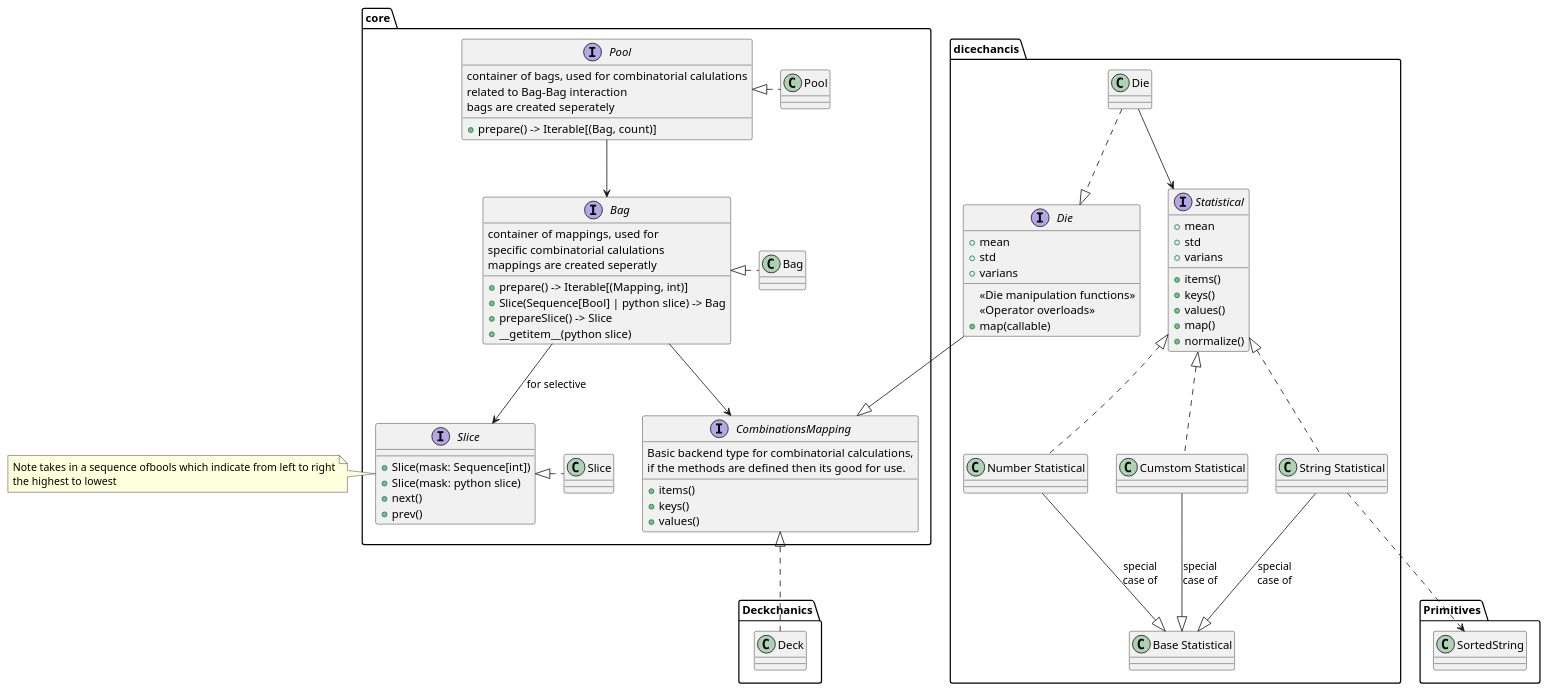
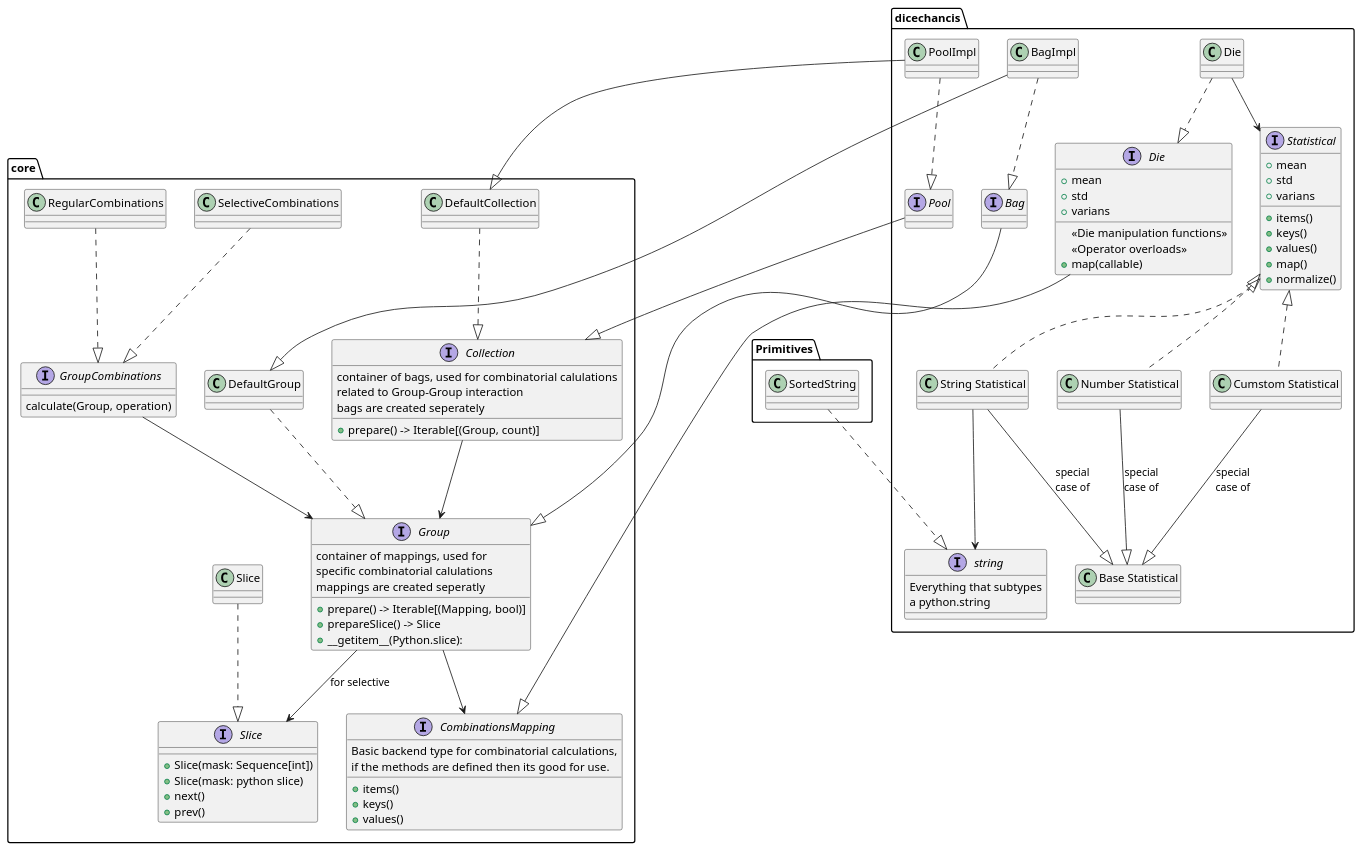
Before and after one commit to daplhall/dicechanics: the diagram in docs/diagrams/systemClasses.puml, drawn with PlantUML. The commit also changed 29 other files, not shown here.

```diff
--- a/docs/diagrams/systemClasses.puml
+++ b/docs/diagrams/systemClasses.puml
@@ -1,99 +1,110 @@
 @startuml System
 top to bottom direction
 package "core"{
-    class Pool{
+    class DefaultCollection{
     }
-    interface "Pool" as pool {
-        container of bags, used for combinatorial calulations\nrelated to Bag-Bag interaction
+    interface "Collection" as collection {
+        container of bags, used for combinatorial calulations\nrelated to Group-Group interaction
         bags are created seperately
-        + prepare() -> Iterable[(Bag, count)]
+        + prepare() -> Iterable[(Group, count)]
     }
-    class Bag{
+    class DefaultGroup{
     }
-    interface "Bag" as bag{
+    interface "Group" as group{
         container of mappings, used for\nspecific combinatorial calulations
         mappings are created seperatly
-        + prepare() -> Iterable[(Mapping, int)]
-        + Slice(Sequence[Bool] | python slice) -> Bag
+        + prepare() -> Iterable[(Mapping, bool)]
         + prepareSlice() -> Slice
-        + __getitem__(python slice)
-
+        + __getitem__(Python.slice):
     }
     interface "CombinationsMapping" as mapping{
         Basic backend type for combinatorial calculations,\nif the methods are defined then its good for use.
         + items()
         + keys()
         + values()
     }
     Class "Slice" as sliceClass
     interface "Slice" as slice{
         +Slice(mask: Sequence[int])
         +Slice(mask: python slice)
         +next()
         +prev()
     }
+    interface GroupCombinations {
+        calculate(Group, operation) 
+    }
+    class RegularCombinations{
+        
+    }
+    class SelectiveCombinations{
+        
+    }
 }
-
-note left of slice
-   Note takes in a sequence ofbools which indicate from left to right
-   the highest to lowest 
-end note
-
-
 
 package "dicechancis" {
     class Die{
     }
     class "Number Statistical" as numstat
     class "String Statistical" as strstat
     class "Cumstom Statistical" as customstat
     class "Base Statistical" as basestat
+    class PoolImpl
+    class BagImpl
     interface Statistical{
         + items()
         + keys()
         + values()
         + map()
         + normalize()
         + mean
         + std
         + varians
     }
     interface "Die" as die{
         {method}<<Die manipulation functions>>
         {method}<<Operator overloads>>
         +map(callable)
         + mean
         + std
         + varians
     }
+    interface Pool
+    interface Bag
+    interface string{
+        Everything that subtypes\na python.string
+    }
 }
 package "Primitives"{
     class SortedString
 }
 
-package "Deckchanics"{
-    class Deck
-}
-
 'core
-Pool .left.|> pool
-pool --> bag
-Bag .left.|> bag
-bag --> mapping
-bag --> slice: for selective
-sliceClass .left.|> slice
+DefaultCollection ..|> collection
+collection --> group
+DefaultGroup ..|> group
+group --> mapping
+group --> slice: for selective
+sliceClass ..|> slice
+GroupCombinations --> group
+RegularCombinations ..|> GroupCombinations
+SelectiveCombinations ..|> GroupCombinations
 'deck
-Deck .up.|> mapping
 'diechanics
 Die ..|> die
 Die --> Statistical 
 die --|> mapping
 numstat .up.|> Statistical
 strstat .up.|> Statistical
 customstat .up.|> Statistical
 numstat -down-|> basestat: special\ncase of 
 strstat -down-|> basestat: special\ncase of
 customstat -down-|> basestat :special\ncase of
-strstat ..> SortedString
-
+strstat --> string
+SortedString ..|> string
+Pool --|> collection
+PoolImpl ..|> Pool
+PoolImpl --|> DefaultCollection
+Bag --|> group
+BagImpl ..|> Bag
+BagImpl --|> DefaultGroup
 @enduml
```
